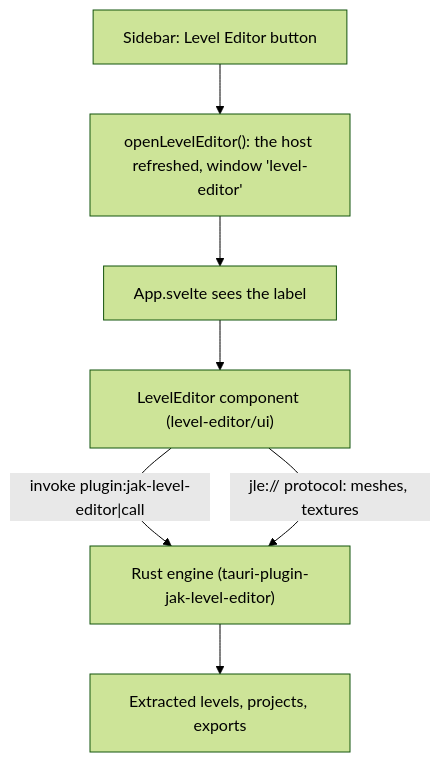
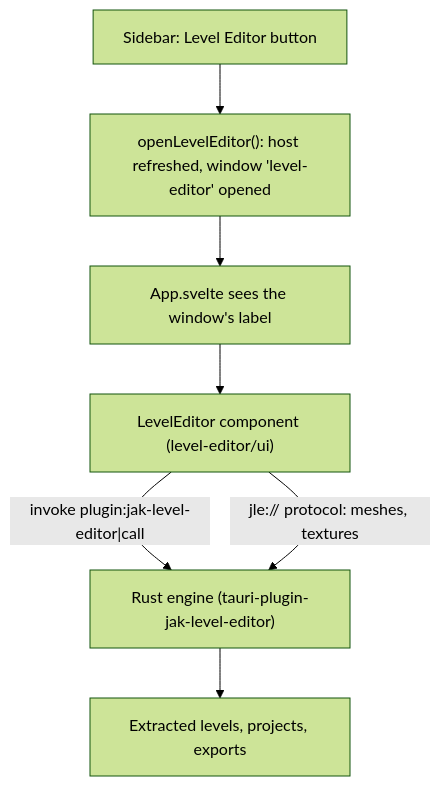
The diagram in docs/features_ai/features_level_editor.md (whozghiar/open-goal-launcher), drawn with Mermaid (forest theme) before and after one commit. The commit also changed other lines of this file and 4 other files, not shown here.

````diff
--- a/docs/features_ai/features_level_editor.md
+++ b/docs/features_ai/features_level_editor.md
@@ -84,9 +94,9 @@
 ```mermaid
 flowchart TD
-  A["Sidebar: Level Editor button"] --> B["openLevelEditor(): the host refreshed, window 'level-editor'"]
-  B --> C["App.svelte sees the label"]
+  A["Sidebar: Level Editor button"] --> B["openLevelEditor(): host refreshed, window 'level-editor' opened"]
+  B --> C["App.svelte sees the window's label"]
   C --> D["LevelEditor component (level-editor/ui)"]
   D -->|"invoke plugin:jak-level-editor|call"| E["Rust engine (tauri-plugin-jak-level-editor)"]
   D -->|"jle:// protocol: meshes, textures"| E
   E --> F["Extracted levels, projects, exports"]
 ```
````
